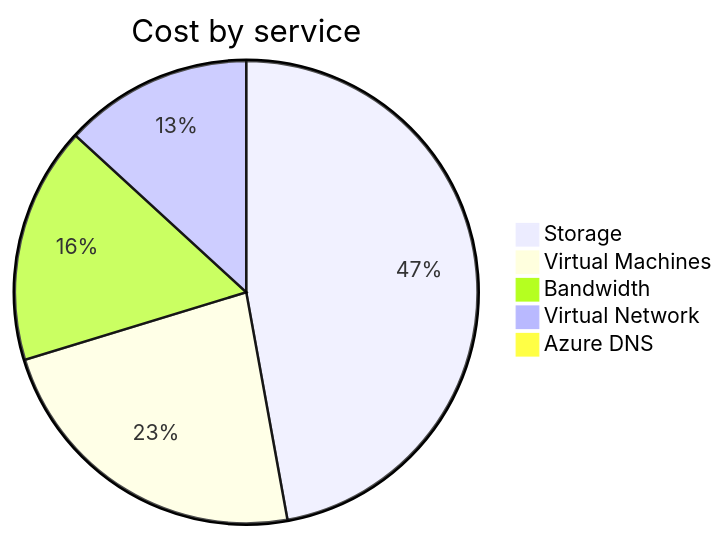
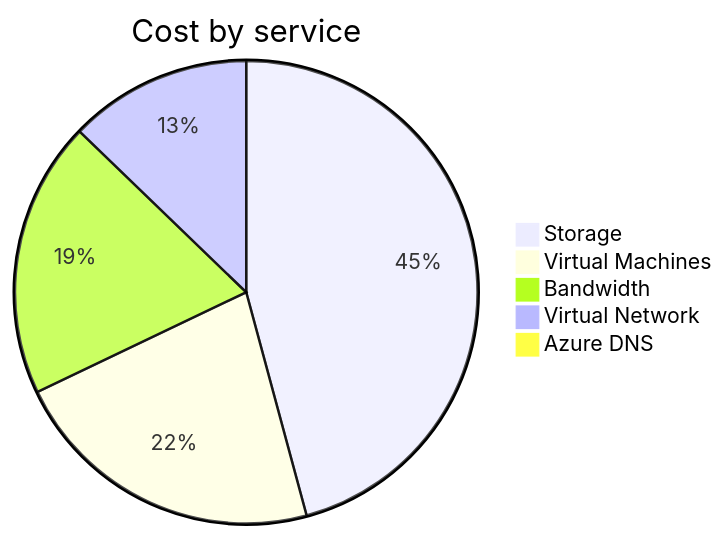
One commit to jpfulton/azure-personal-reports changed the second of 4 diagrams in cost-reports/personal-network/README.md. Above: the diagram before and after it, drawn with Mermaid. The commit also changed other lines of this file and 8 other files, not shown here.

````diff
--- a/cost-reports/personal-network/README.md
+++ b/cost-reports/personal-network/README.md
@@ -99,9 +99,9 @@
 ```mermaid
 pie
    title Cost by service
-   "Storage" : 16.85
-   "Virtual Machines" : 8.27
-   "Bandwidth" : 5.91
-   "Virtual Network" : 4.71
-   "Azure DNS" : 0.32
+   "Storage" : 17.98
+   "Virtual Machines" : 8.68
+   "Bandwidth" : 7.58
+   "Virtual Network" : 5.02
+   "Azure DNS" : 0.34
 ```
````
